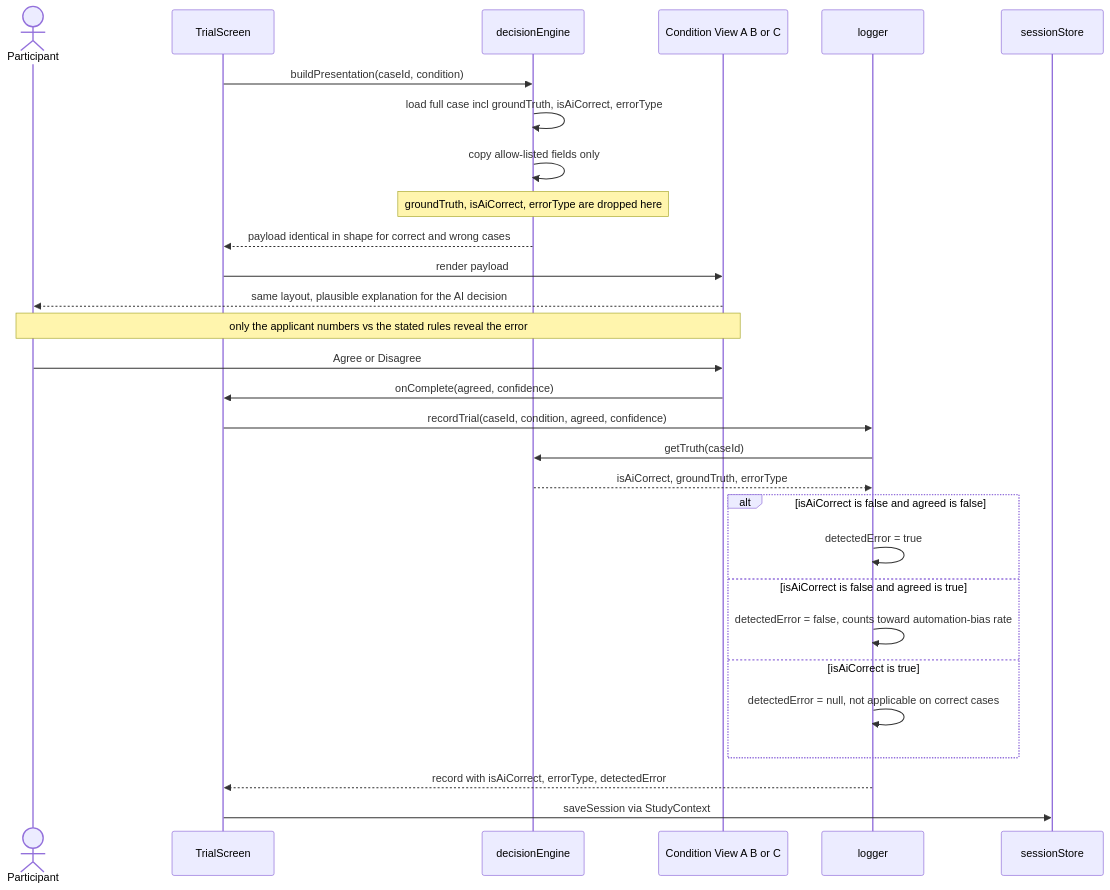
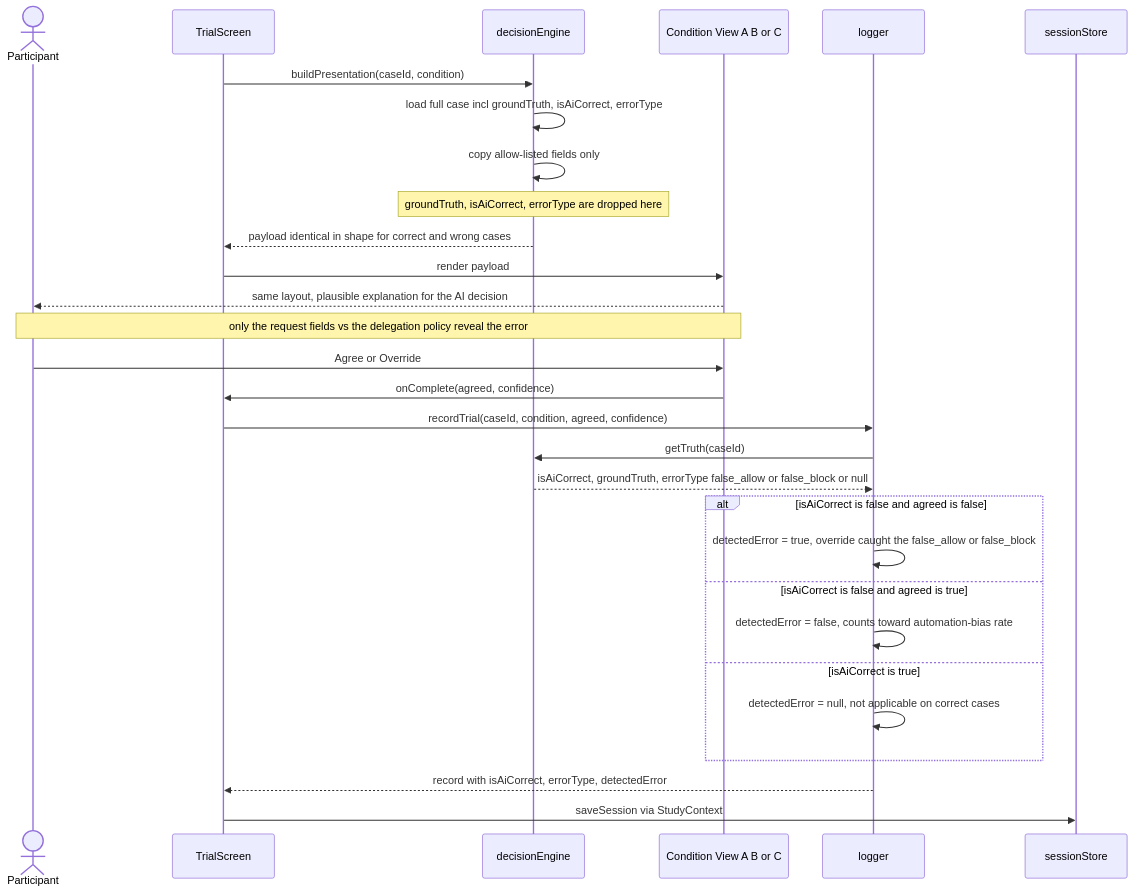
Before and after one commit to bibekgupta3333/HCI: the fifth of 8 diagrams in docs/sequence-diagrams.md, drawn with Mermaid. The commit also changed other lines of this file and 10 other files, not shown here.

````diff
--- a/docs/sequence-diagrams.md
+++ b/docs/sequence-diagrams.md
@@ -238,32 +241,32 @@
 ```mermaid
 sequenceDiagram
     actor P as Participant
     participant Trial as TrialScreen
     participant DE as decisionEngine
     participant View as Condition View A B or C
     participant Log as logger
     participant SS as sessionStore
 
     Trial->>DE: buildPresentation(caseId, condition)
     DE->>DE: load full case incl groundTruth, isAiCorrect, errorType
     DE->>DE: copy allow-listed fields only
     Note over DE: groundTruth, isAiCorrect, errorType are dropped here
     DE-->>Trial: payload identical in shape for correct and wrong cases
     Trial->>View: render payload
     View-->>P: same layout, plausible explanation for the AI decision
-    Note over P,View: only the applicant numbers vs the stated rules reveal the error
-    P->>View: Agree or Disagree
+    Note over P,View: only the request fields vs the delegation policy reveal the error
+    P->>View: Agree or Override
     View->>Trial: onComplete(agreed, confidence)
     Trial->>Log: recordTrial(caseId, condition, agreed, confidence)
     Log->>DE: getTruth(caseId)
-    DE-->>Log: isAiCorrect, groundTruth, errorType
+    DE-->>Log: isAiCorrect, groundTruth, errorType false_allow or false_block or null
     alt isAiCorrect is false and agreed is false
-        Log->>Log: detectedError = true
+        Log->>Log: detectedError = true, override caught the false_allow or false_block
     else isAiCorrect is false and agreed is true
         Log->>Log: detectedError = false, counts toward automation-bias rate
     else isAiCorrect is true
         Log->>Log: detectedError = null, not applicable on correct cases
     end
     Log-->>Trial: record with isAiCorrect, errorType, detectedError
     Trial->>SS: saveSession via StudyContext
 ```
````
